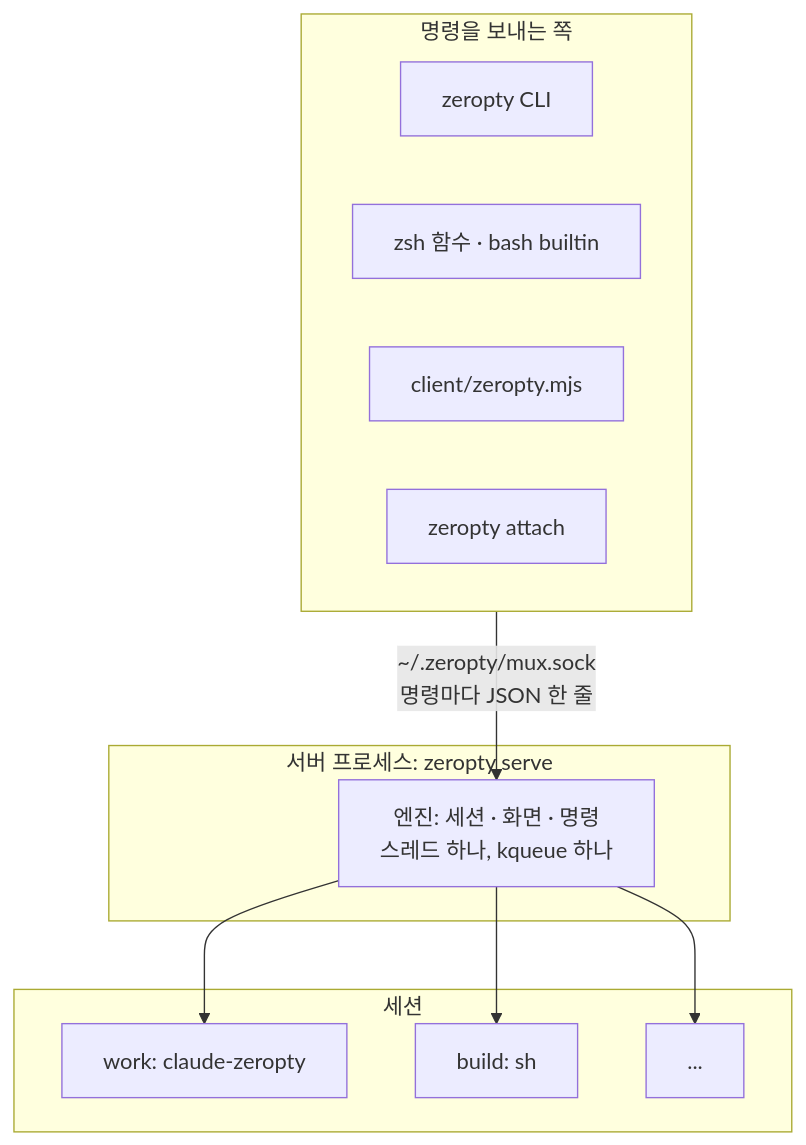
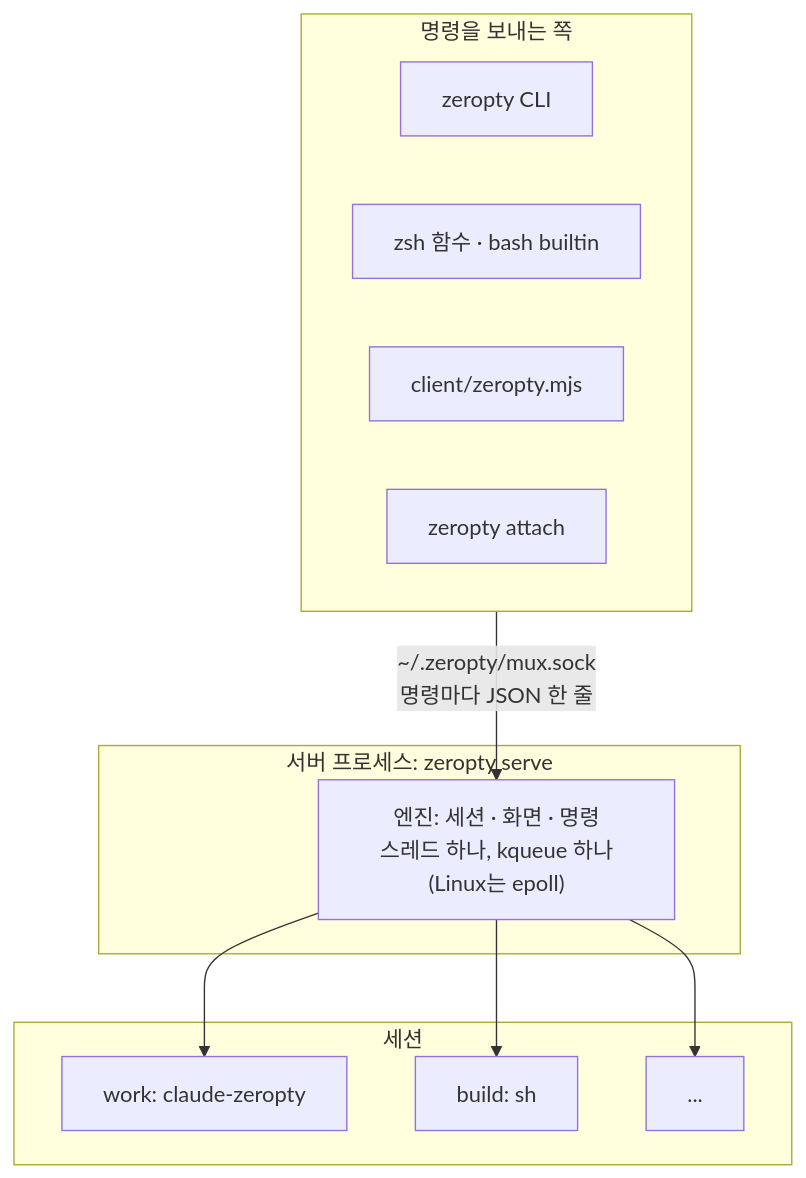
One commit to CreatiCoding/zeropty changed the diagram in website/src/ko/guide/concepts/sessions.md. Above: the diagram before and after it, drawn with Mermaid. The commit also changed other lines of this file and 19 other files, not shown here.

````diff
--- a/website/src/ko/guide/concepts/sessions.md
+++ b/website/src/ko/guide/concepts/sessions.md
@@ -9,21 +9,21 @@
 ```mermaid
 flowchart TB
   subgraph clients["명령을 보내는 쪽"]
     cli["zeropty CLI"]
     sh["zsh 함수 · bash builtin"]
     node["client/zeropty.mjs"]
     att["zeropty attach"]
   end
   subgraph server["서버 프로세스: zeropty serve"]
-    eng["엔진: 세션 · 화면 · 명령<br/>스레드 하나, kqueue 하나"]
+    eng["엔진: 세션 · 화면 · 명령<br/>스레드 하나, kqueue 하나(Linux는 epoll)"]
   end
   subgraph sessions["세션"]
     s1["work: claude-zeropty"]
     s2["build: sh"]
     s3["..."]
   end
   clients -->|"~/.zeropty/mux.sock<br/>명령마다 JSON 한 줄"| eng
   eng --> s1
   eng --> s2
   eng --> s3
 ```
````
